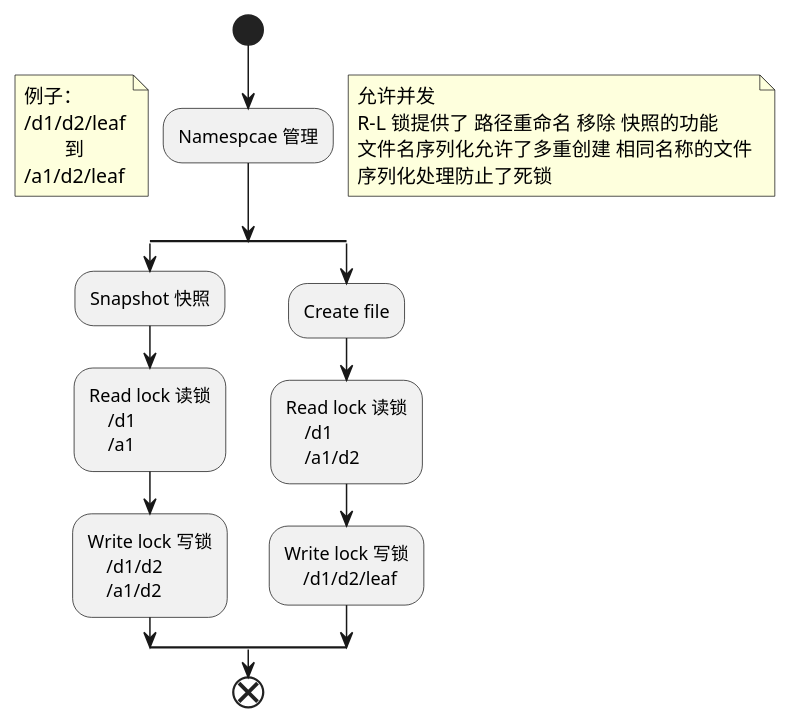
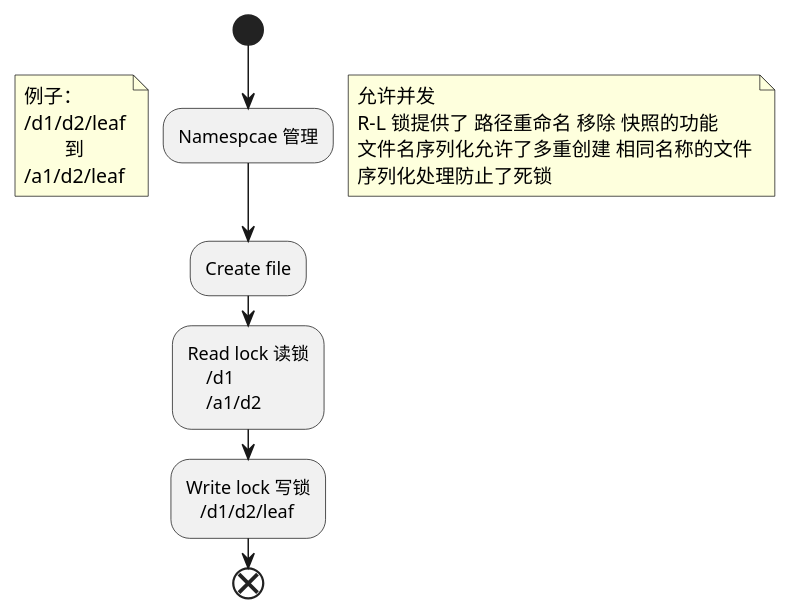
One commit to sonderlau/UML-Lesson changed the diagram in src/Activity/function-master.wsd. Above: the diagram before and after it, drawn with PlantUML. The commit also changed 61 other files, not shown here.

```diff
--- a/src/Activity/function-master.wsd
+++ b/src/Activity/function-master.wsd
@@ -1,35 +1,26 @@
-@startuml "Master Function"
+@startuml "活动图 - Master Function"
 start
 
     :Namespcae 管理;
     note left
         例子：
         /d1/d2/leaf
                 到
         /a1/d2/leaf
     end note
     note right
         允许并发
         R-L 锁提供了 路径重命名 移除 快照的功能
         文件名序列化允许了多重创建 相同名称的文件
         序列化处理防止了死锁
     end note
 
-    split
-        :Snapshot 快照;
-        :Read lock 读锁
-            /d1 
-            /a1;
-        :Write lock 写锁
-            /d1/d2
-            /a1/d2;
-    split again
-        :Create file;
-        :Read lock 读锁
-            /d1
-            /a1/d2;
-        :Write lock 写锁
-            /d1/d2/leaf;
-    end split
+    :Create file;
+    :Read lock 读锁
+        /d1
+        /a1/d2;
+    :Write lock 写锁
+       /d1/d2/leaf;
+
 end
 @enduml
```
